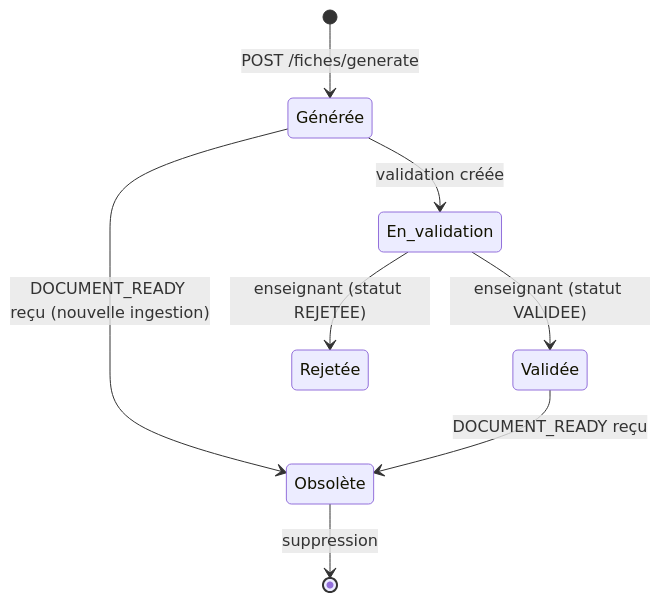
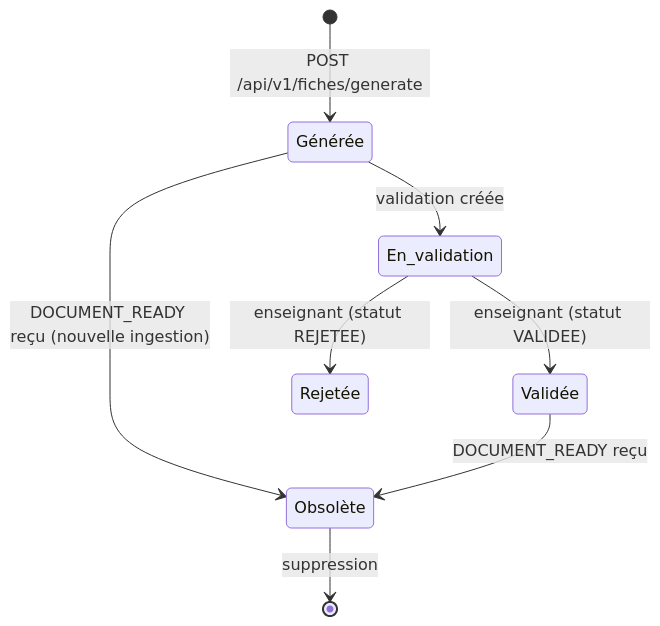
The second of 2 diagrams in fiche-service/README.md (MixMaster2005/TsimokaAI), drawn with Mermaid before and after one commit. The commit also changed other lines of this file and 5 other files, not shown here.

````diff
--- a/fiche-service/README.md
+++ b/fiche-service/README.md
@@ -64,10 +64,10 @@
 ```mermaid
 stateDiagram-v2
-    [*] --> Générée : POST /fiches/generate
+    [*] --> Générée : POST /api/v1/fiches/generate
     Générée --> Obsolète : DOCUMENT_READY reçu (nouvelle ingestion)
     Générée --> En_validation : validation créée
     En_validation --> Validée : enseignant (statut VALIDEE)
     En_validation --> Rejetée : enseignant (statut REJETEE)
     Validée --> Obsolète : DOCUMENT_READY reçu
     Obsolète --> [*] : suppression
 ```
````
